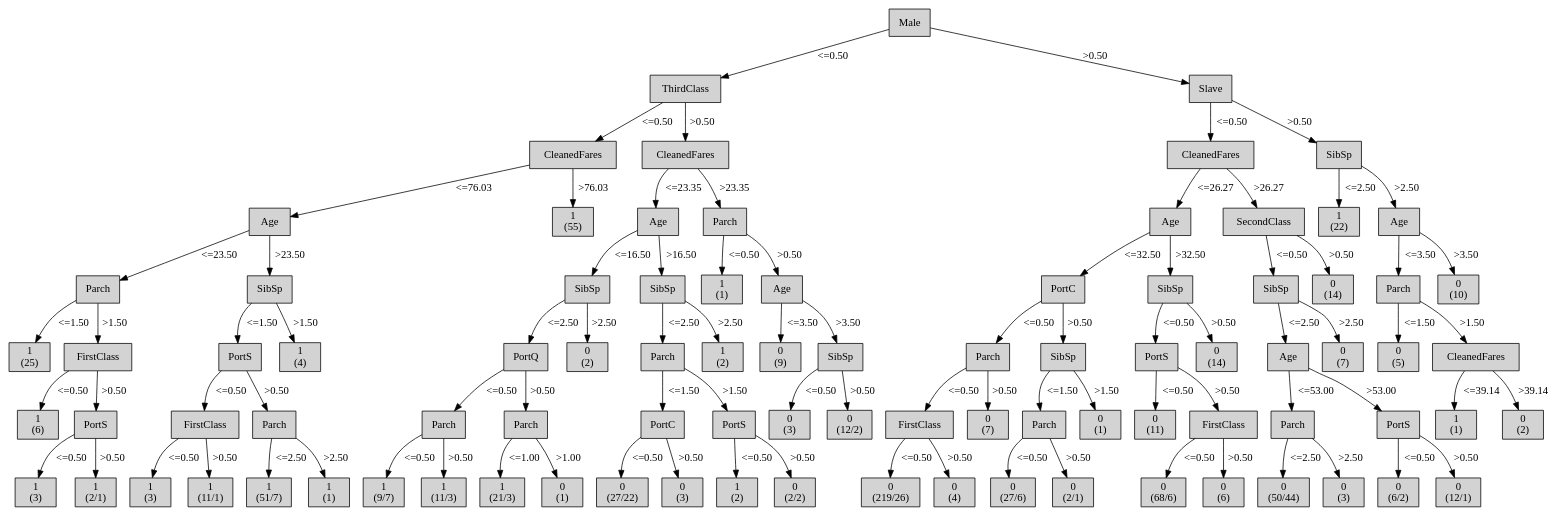
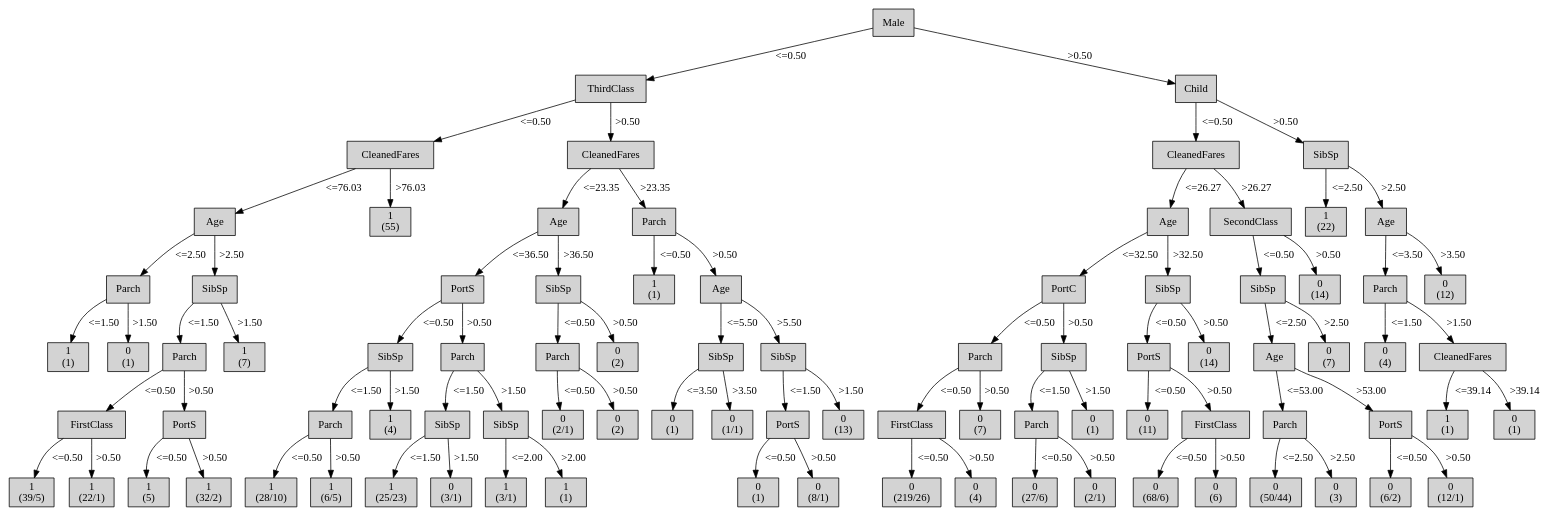
One commit to mklb/BI-Python3 changed the diagram in output/tree-generator-7/tree.dot. Above: the diagram before and after it, drawn with Graphviz. The commit also changed 14 other files, not shown here.

Commit message:
slave -> child

```diff
--- a/output/tree-generator-7/tree.dot
+++ b/output/tree-generator-7/tree.dot
@@ -12,161 +12,161 @@
 2 -> 3 [ label = "<=76.03"];
 "4" [shape=box, style=filled, label="Parch
 ", weight=5]
-3 -> 4 [ label = "<=23.50"];
+3 -> 4 [ label = "<=2.50"];
 "5" [shape=box, style=filled, label="1
-(25)
+(1)
 ", weight=6]
 4 -> 5 [ label = "<=1.50"];
-"6" [shape=box, style=filled, label="FirstClass
+"6" [shape=box, style=filled, label="0
+(1)
 ", weight=6]
 4 -> 6 [ label = ">1.50"];
-"7" [shape=box, style=filled, label="1
-(6)
+"7" [shape=box, style=filled, label="SibSp
+", weight=5]
+3 -> 7 [ label = ">2.50"];
+"8" [shape=box, style=filled, label="Parch
+", weight=6]
+7 -> 8 [ label = "<=1.50"];
+"9" [shape=box, style=filled, label="FirstClass
 ", weight=7]
-6 -> 7 [ label = "<=0.50"];
-"8" [shape=box, style=filled, label="PortS
-", weight=7]
-6 -> 8 [ label = ">0.50"];
-"9" [shape=box, style=filled, label="1
-(3)
-", weight=8]
 8 -> 9 [ label = "<=0.50"];
 "10" [shape=box, style=filled, label="1
-(2/1)
+(39/5)
 ", weight=8]
-8 -> 10 [ label = ">0.50"];
-"11" [shape=box, style=filled, label="SibSp
-", weight=5]
-3 -> 11 [ label = ">23.50"];
+9 -> 10 [ label = "<=0.50"];
+"11" [shape=box, style=filled, label="1
+(22/1)
+", weight=8]
+9 -> 11 [ label = ">0.50"];
 "12" [shape=box, style=filled, label="PortS
-", weight=6]
-11 -> 12 [ label = "<=1.50"];
-"13" [shape=box, style=filled, label="FirstClass
 ", weight=7]
+8 -> 12 [ label = ">0.50"];
+"13" [shape=box, style=filled, label="1
+(5)
+", weight=8]
 12 -> 13 [ label = "<=0.50"];
 "14" [shape=box, style=filled, label="1
-(3)
+(32/2)
 ", weight=8]
-13 -> 14 [ label = "<=0.50"];
+12 -> 14 [ label = ">0.50"];
 "15" [shape=box, style=filled, label="1
-(11/1)
+(7)
+", weight=6]
+7 -> 15 [ label = ">1.50"];
+"16" [shape=box, style=filled, label="1
+(55)
+", weight=4]
+2 -> 16 [ label = ">76.03"];
+"17" [shape=box, style=filled, label="CleanedFares
+", weight=3]
+1 -> 17 [ label = ">0.50"];
+"18" [shape=box, style=filled, label="Age
+", weight=4]
+17 -> 18 [ label = "<=23.35"];
+"19" [shape=box, style=filled, label="PortS
+", weight=5]
+18 -> 19 [ label = "<=36.50"];
+"20" [shape=box, style=filled, label="SibSp
+", weight=6]
+19 -> 20 [ label = "<=0.50"];
+"21" [shape=box, style=filled, label="Parch
+", weight=7]
+20 -> 21 [ label = "<=1.50"];
+"22" [shape=box, style=filled, label="1
+(28/10)
 ", weight=8]
-13 -> 15 [ label = ">0.50"];
-"16" [shape=box, style=filled, label="Parch
+21 -> 22 [ label = "<=0.50"];
+"23" [shape=box, style=filled, label="1
+(6/5)
+", weight=8]
+21 -> 23 [ label = ">0.50"];
+"24" [shape=box, style=filled, label="1
+(4)
 ", weight=7]
-12 -> 16 [ label = ">0.50"];
-"17" [shape=box, style=filled, label="1
-(51/7)
+20 -> 24 [ label = ">1.50"];
+"25" [shape=box, style=filled, label="Parch
+", weight=6]
+19 -> 25 [ label = ">0.50"];
+"26" [shape=box, style=filled, label="SibSp
+", weight=7]
+25 -> 26 [ label = "<=1.50"];
+"27" [shape=box, style=filled, label="1
+(25/23)
 ", weight=8]
-16 -> 17 [ label = "<=2.50"];
-"18" [shape=box, style=filled, label="1
+26 -> 27 [ label = "<=1.50"];
+"28" [shape=box, style=filled, label="0
+(3/1)
+", weight=8]
+26 -> 28 [ label = ">1.50"];
+"29" [shape=box, style=filled, label="SibSp
+", weight=7]
+25 -> 29 [ label = ">1.50"];
+"30" [shape=box, style=filled, label="1
+(3/1)
+", weight=8]
+29 -> 30 [ label = "<=2.00"];
+"31" [shape=box, style=filled, label="1
 (1)
 ", weight=8]
-16 -> 18 [ label = ">2.50"];
-"19" [shape=box, style=filled, label="1
-(4)
+29 -> 31 [ label = ">2.00"];
+"32" [shape=box, style=filled, label="SibSp
+", weight=5]
+18 -> 32 [ label = ">36.50"];
+"33" [shape=box, style=filled, label="Parch
 ", weight=6]
-11 -> 19 [ label = ">1.50"];
-"20" [shape=box, style=filled, label="1
-(55)
+32 -> 33 [ label = "<=0.50"];
+"34" [shape=box, style=filled, label="0
+(2/1)
+", weight=7]
+33 -> 34 [ label = "<=0.50"];
+"35" [shape=box, style=filled, label="0
+(2)
+", weight=7]
+33 -> 35 [ label = ">0.50"];
+"36" [shape=box, style=filled, label="0
+(2)
+", weight=6]
+32 -> 36 [ label = ">0.50"];
+"37" [shape=box, style=filled, label="Parch
 ", weight=4]
-2 -> 20 [ label = ">76.03"];
-"21" [shape=box, style=filled, label="CleanedFares
-", weight=3]
-1 -> 21 [ label = ">0.50"];
-"22" [shape=box, style=filled, label="Age
-", weight=4]
-21 -> 22 [ label = "<=23.35"];
-"23" [shape=box, style=filled, label="SibSp
+17 -> 37 [ label = ">23.35"];
+"38" [shape=box, style=filled, label="1
+(1)
 ", weight=5]
-22 -> 23 [ label = "<=16.50"];
-"24" [shape=box, style=filled, label="PortQ
+37 -> 38 [ label = "<=0.50"];
+"39" [shape=box, style=filled, label="Age
+", weight=5]
+37 -> 39 [ label = ">0.50"];
+"40" [shape=box, style=filled, label="SibSp
 ", weight=6]
-23 -> 24 [ label = "<=2.50"];
-"25" [shape=box, style=filled, label="Parch
+39 -> 40 [ label = "<=5.50"];
+"41" [shape=box, style=filled, label="0
+(1)
 ", weight=7]
-24 -> 25 [ label = "<=0.50"];
-"26" [shape=box, style=filled, label="1
-(9/7)
-", weight=8]
-25 -> 26 [ label = "<=0.50"];
-"27" [shape=box, style=filled, label="1
-(11/3)
-", weight=8]
-25 -> 27 [ label = ">0.50"];
-"28" [shape=box, style=filled, label="Parch
+40 -> 41 [ label = "<=3.50"];
+"42" [shape=box, style=filled, label="0
+(1/1)
 ", weight=7]
-24 -> 28 [ label = ">0.50"];
-"29" [shape=box, style=filled, label="1
-(21/3)
-", weight=8]
-28 -> 29 [ label = "<=1.00"];
-"30" [shape=box, style=filled, label="0
+40 -> 42 [ label = ">3.50"];
+"43" [shape=box, style=filled, label="SibSp
+", weight=6]
+39 -> 43 [ label = ">5.50"];
+"44" [shape=box, style=filled, label="PortS
+", weight=7]
+43 -> 44 [ label = "<=1.50"];
+"45" [shape=box, style=filled, label="0
 (1)
 ", weight=8]
-28 -> 30 [ label = ">1.00"];
-"31" [shape=box, style=filled, label="0
-(2)
-", weight=6]
-23 -> 31 [ label = ">2.50"];
-"32" [shape=box, style=filled, label="SibSp
-", weight=5]
-22 -> 32 [ label = ">16.50"];
-"33" [shape=box, style=filled, label="Parch
-", weight=6]
-32 -> 33 [ label = "<=2.50"];
-"34" [shape=box, style=filled, label="PortC
+44 -> 45 [ label = "<=0.50"];
+"46" [shape=box, style=filled, label="0
+(8/1)
+", weight=8]
+44 -> 46 [ label = ">0.50"];
+"47" [shape=box, style=filled, label="0
+(13)
 ", weight=7]
-33 -> 34 [ label = "<=1.50"];
-"35" [shape=box, style=filled, label="0
-(27/22)
-", weight=8]
-34 -> 35 [ label = "<=0.50"];
-"36" [shape=box, style=filled, label="0
-(3)
-", weight=8]
-34 -> 36 [ label = ">0.50"];
-"37" [shape=box, style=filled, label="PortS
-", weight=7]
-33 -> 37 [ label = ">1.50"];
-"38" [shape=box, style=filled, label="1
-(2)
-", weight=8]
-37 -> 38 [ label = "<=0.50"];
-"39" [shape=box, style=filled, label="0
-(2/2)
-", weight=8]
-37 -> 39 [ label = ">0.50"];
-"40" [shape=box, style=filled, label="1
-(2)
-", weight=6]
-32 -> 40 [ label = ">2.50"];
-"41" [shape=box, style=filled, label="Parch
-", weight=4]
-21 -> 41 [ label = ">23.35"];
-"42" [shape=box, style=filled, label="1
-(1)
-", weight=5]
-41 -> 42 [ label = "<=0.50"];
-"43" [shape=box, style=filled, label="Age
-", weight=5]
-41 -> 43 [ label = ">0.50"];
-"44" [shape=box, style=filled, label="0
-(9)
-", weight=6]
-43 -> 44 [ label = "<=3.50"];
-"45" [shape=box, style=filled, label="SibSp
-", weight=6]
-43 -> 45 [ label = ">3.50"];
-"46" [shape=box, style=filled, label="0
-(3)
-", weight=7]
-45 -> 46 [ label = "<=0.50"];
-"47" [shape=box, style=filled, label="0
-(12/2)
-", weight=7]
-45 -> 47 [ label = ">0.50"];
-"48" [shape=box, style=filled, label="Slave
+43 -> 47 [ label = ">1.50"];
+"48" [shape=box, style=filled, label="Child
 ", weight=2]
 0 -> 48 [ label = ">0.50"];
 "49" [shape=box, style=filled, label="CleanedFares
@@ -292,7 +292,7 @@
 ", weight=5]
 82 -> 83 [ label = "<=3.50"];
 "84" [shape=box, style=filled, label="0
-(5)
+(4)
 ", weight=6]
 83 -> 84 [ label = "<=1.50"];
 "85" [shape=box, style=filled, label="CleanedFares
@@ -303,19 +303,19 @@
 ", weight=7]
 85 -> 86 [ label = "<=39.14"];
 "87" [shape=box, style=filled, label="0
-(2)
+(1)
 ", weight=7]
 85 -> 87 [ label = ">39.14"];
 "88" [shape=box, style=filled, label="0
-(10)
+(12)
 ", weight=5]
 82 -> 88 [ label = ">3.50"];
 {rank=same; 0;};
 {rank=same; 1;48;};
-{rank=same; 2;21;49;80;};
-{rank=same; 3;20;22;41;50;69;81;82;};
-{rank=same; 4;11;23;32;42;43;51;62;70;79;83;88;};
-{rank=same; 5;6;12;19;24;31;33;40;44;45;52;57;63;68;71;78;84;85;};
-{rank=same; 7;8;13;16;25;28;34;37;46;47;53;56;58;61;64;65;72;75;86;87;};
-{rank=same; 9;10;14;15;17;18;26;27;29;30;35;36;38;39;54;55;59;60;66;67;73;74;76;77;};
+{rank=same; 2;17;49;80;};
+{rank=same; 3;16;18;37;50;69;81;82;};
+{rank=same; 4;7;19;32;38;39;51;62;70;79;83;88;};
+{rank=same; 5;6;8;15;20;25;33;36;40;43;52;57;63;68;71;78;84;85;};
+{rank=same; 9;12;21;24;26;29;34;35;41;42;44;47;53;56;58;61;64;65;72;75;86;87;};
+{rank=same; 10;11;13;14;22;23;27;28;30;31;45;46;54;55;59;60;66;67;73;74;76;77;};
 }
```
